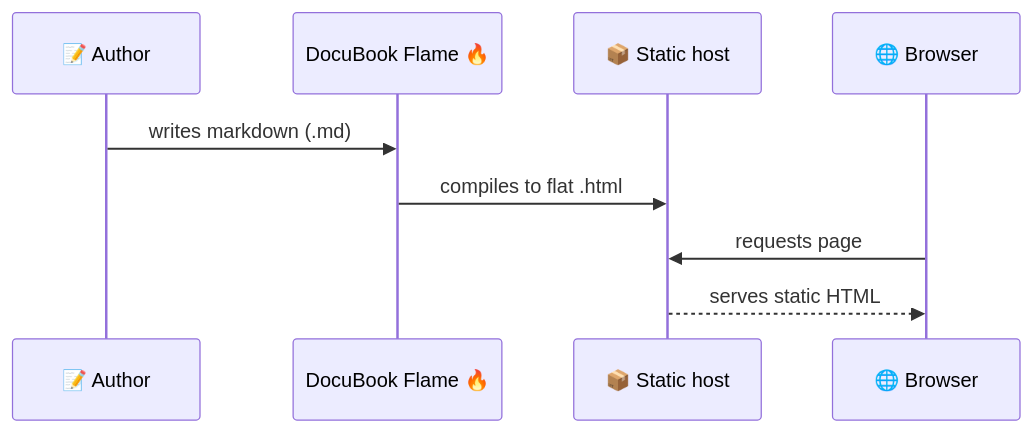
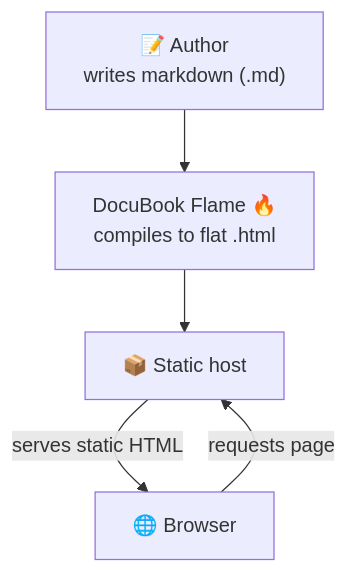
Before and after one commit to DocuBook/docubook: the diagram in README.md, drawn with Mermaid.

Commit message:
docs(readme): replace the architecture sequence diagram with a flowchart
The sequence diagram was the only diagram in the repository that was not a
flowchart: ARCHITECTURE.md uses `flowchart LR` for the high-level data flow and
`flowchart TD` for the build/runtime flow. The flowchart keeps the same four
actors plus the request/serve cycle and matches that style.

`architecture-beta` was tried first and reverted. It requires mermaid 11.1+ and
is not rendered by the Markdown previews the README is read in, so the diagram
displayed as a code block; `C4Context` is in the same position. Parsing with the
repository's mermaid is not enough to decide this, keep README diagrams to
flowchart, sequenceDiagram, or stateDiagram-v2.

````diff
--- a/README.md
+++ b/README.md
@@ -17,12 +17,7 @@
 ```mermaid
-sequenceDiagram
-    participant Author as 📝 Author
-    participant Flame as DocuBook Flame 🔥
-    participant Host as 📦 Static host
-    participant Browser as 🌐 Browser
-
-    Author->>Flame: writes markdown (.md)
-    Flame->>Host: compiles to flat .html
-    Browser->>Host: requests page
-    Host-->>Browser: serves static HTML
+flowchart TD
+    Author["📝 Author<br/>writes markdown (.md)"] --> Flame["DocuBook Flame 🔥<br/>compiles to flat .html"]
+    Flame --> Host["📦 Static host"]
+    Host -->|serves static HTML| Browser["🌐 Browser"]
+    Browser -->|requests page| Host
 ```
````
